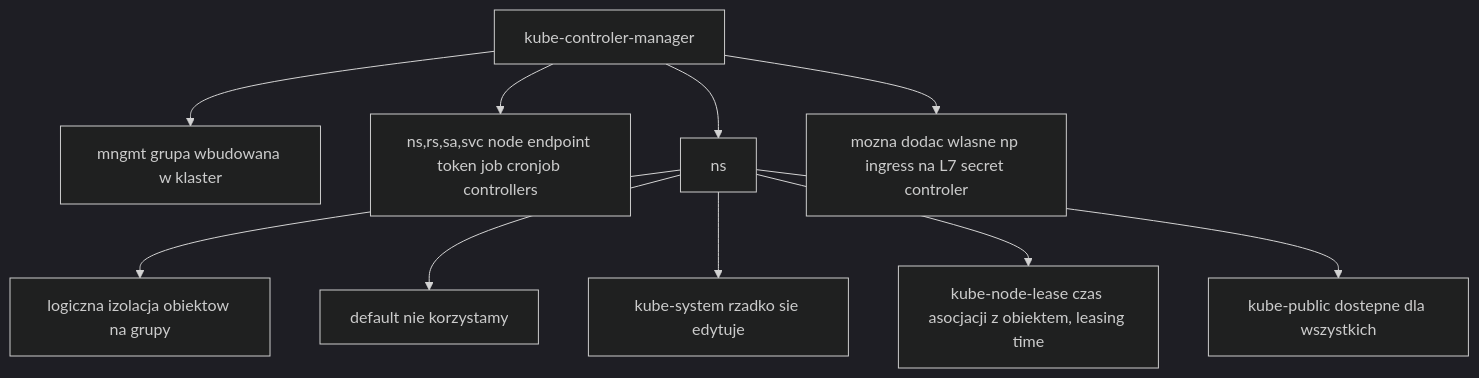
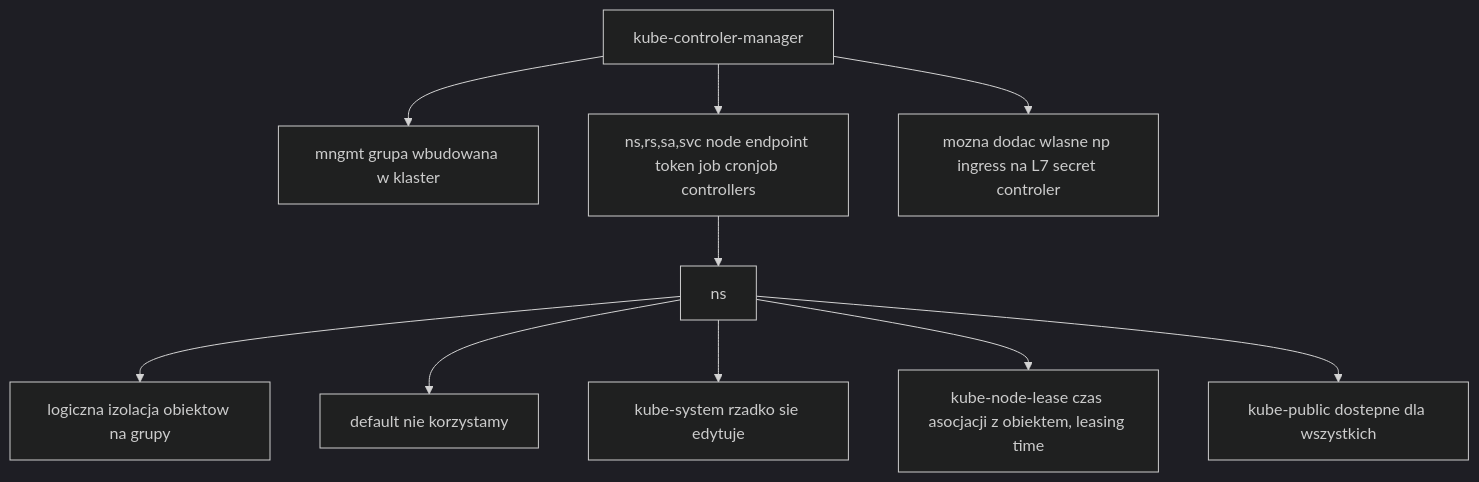
One commit to DanyAAD90/k8s_understanding changed the fourth of 7 diagrams in README.md. Above: the diagram before and after it, drawn with Mermaid (dark theme). The commit also changed other lines of this file, not shown here.

````diff
--- a/README.md
+++ b/README.md
@@ -28,11 +28,11 @@
 ```mermaid
 flowchart TD
 P[kube-controler-manager] --> R[mngmt grupa wbudowana w klaster]
 P --> S[ns,rs,sa,svc node endpoint token job cronjob controllers]
-P --> U[ns] --> W[logiczna izolacja obiektow na grupy]
+S --> U[ns] --> W[logiczna izolacja obiektow na grupy]
 P --> T[mozna dodac wlasne np ingress na L7 secret controler]
 U --> WA[default nie korzystamy]
 U --> WB[kube-system rzadko sie edytuje]
 U --> WC[kube-node-lease czas asocjacji z obiektem, leasing time]
 U --> WD[kube-public dostepne dla wszystkich]
 ```
````
